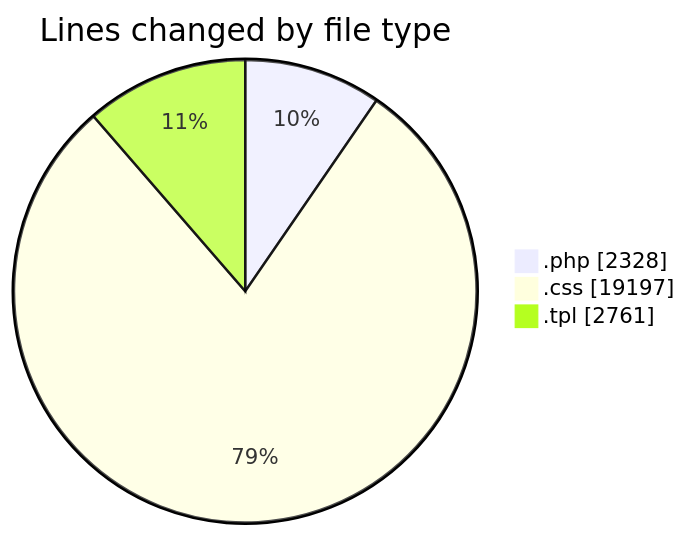
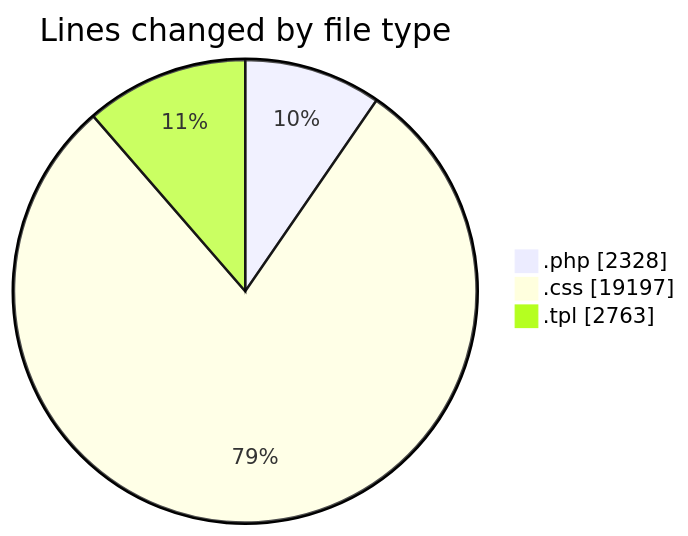
One commit to vahidmafi/code-tracking changed the first of 2 diagrams in 2025-03-23/zeytoon/README.md. Above: the diagram before and after it, drawn with Mermaid. The commit also changed other lines of this file and 1 other file, not shown here.

````diff
--- a/2025-03-23/zeytoon/README.md
+++ b/2025-03-23/zeytoon/README.md
@@ -25,7 +25,7 @@
 ```mermaid
 pie showData
 title Lines changed by file type
 ".php" : 2328
 ".css" : 19197
-".tpl" : 2761
+".tpl" : 2763
 ```
````
